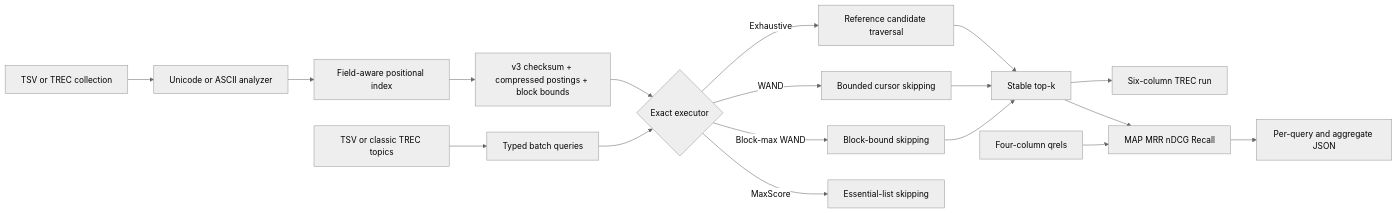
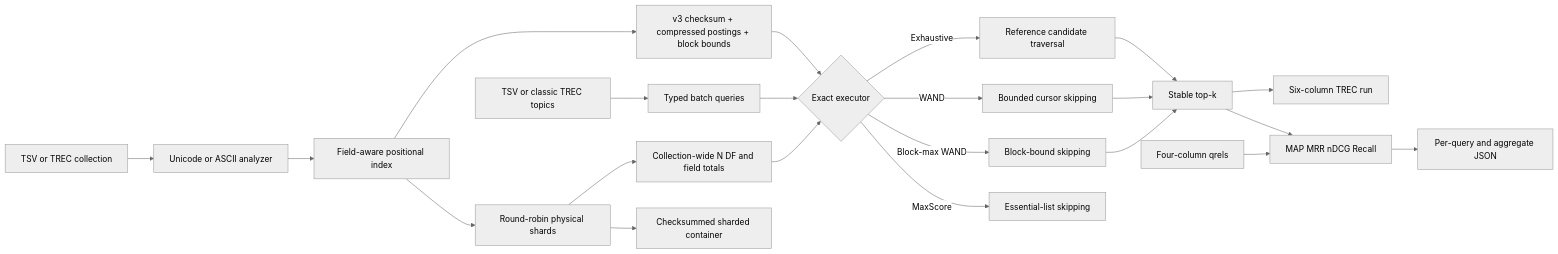
Before and after one commit to appleweiping/IndexSail: the diagram in README.md, drawn with Mermaid (neutral theme). The commit also changed other lines of this file and 19 other files, not shown here.

````diff
--- a/README.md
+++ b/README.md
@@ -36,20 +39,24 @@
 ```mermaid
 flowchart LR
     A[TSV or TREC collection] --> B[Unicode or ASCII analyzer]
     B --> C[Field-aware positional index]
     C --> D[v3 checksum + compressed postings + block bounds]
+    C --> S[Round-robin physical shards]
+    S --> G[Collection-wide N DF and field totals]
+    S --> SD[Checksummed sharded container]
     T[TSV or classic TREC topics] --> Q[Typed batch queries]
     D --> E{Exact executor}
     Q --> E
     E -->|Exhaustive| X[Reference candidate traversal]
     E -->|WAND| W[Bounded cursor skipping]
     E -->|Block-max WAND| BW[Block-bound skipping]
     E -->|MaxScore| MS[Essential-list skipping]
     X --> K[Stable top-k]
     W --> K
     BW --> K
+    G --> E
     K --> R[Six-column TREC run]
     J[Four-column qrels] --> M[MAP MRR nDCG Recall]
     K --> M
     M --> O[Per-query and aggregate JSON]
 ```
````
